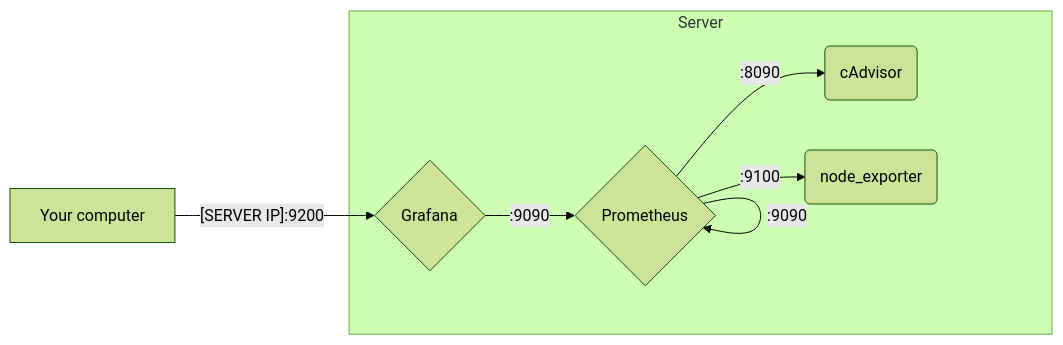
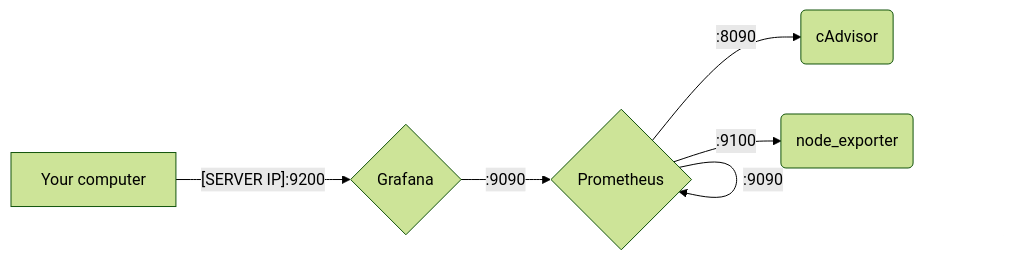
One commit to YR72dpi/debianMonitoring changed the diagram in README.md. Above: the diagram before and after it, drawn with Mermaid (forest theme).

Commit message:
fix: mermaid error

````diff
--- a/README.md
+++ b/README.md
@@ -13,17 +13,16 @@
 ```mermaid
 graph LR
 grafana{Grafana}
 prometheus{Prometheus}
 cAdvisor(cAdvisor)
 node_exporter(node_exporter)
 computer[Your computer]
 
-subgraph Server
-    prometheus --:8090--> cAdvisor;
-    prometheus --:9100--> node_exporter;
-    prometheus --:9090--> prometheus;
-    grafana --:9090--> prometheus;
-end
+    prometheus --:8090--> cAdvisor
+    prometheus --:9100--> node_exporter
+    prometheus --:9090--> prometheus
+    grafana --:9090--> prometheus
+
 
 computer --[SERVER IP]:9200--> grafana
 ```
````
